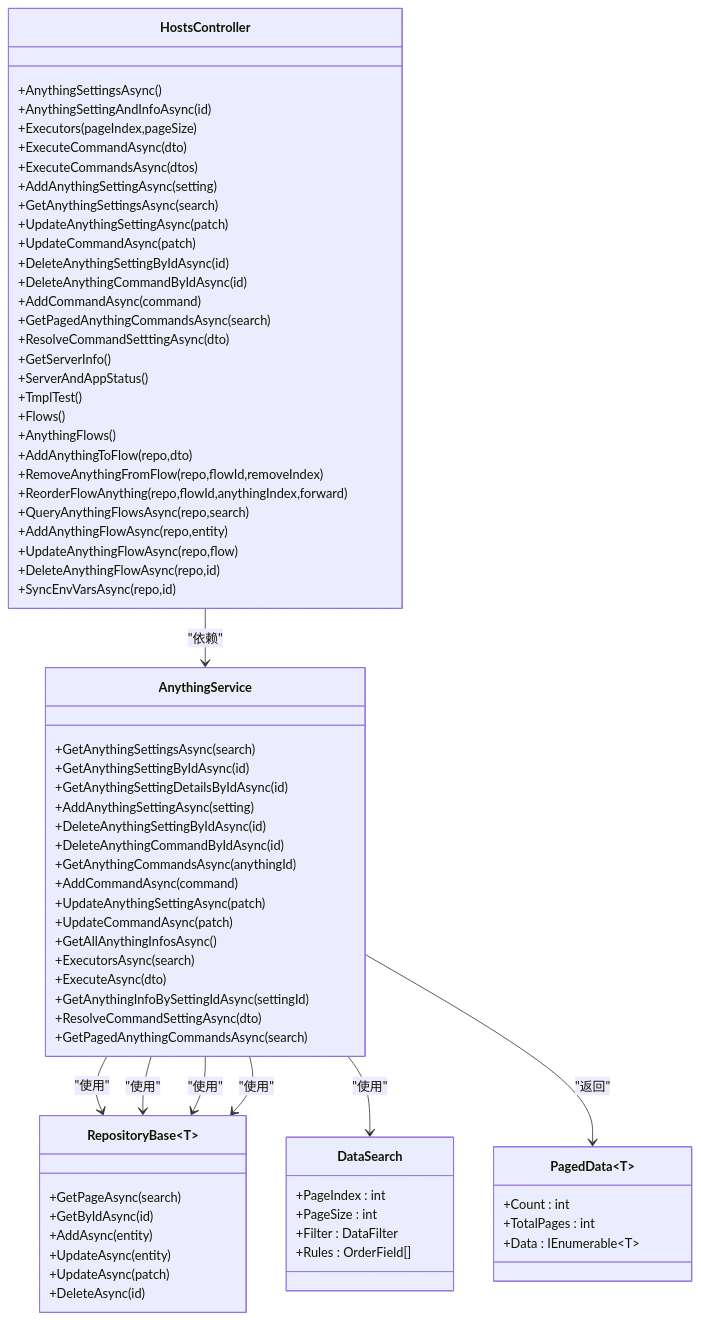
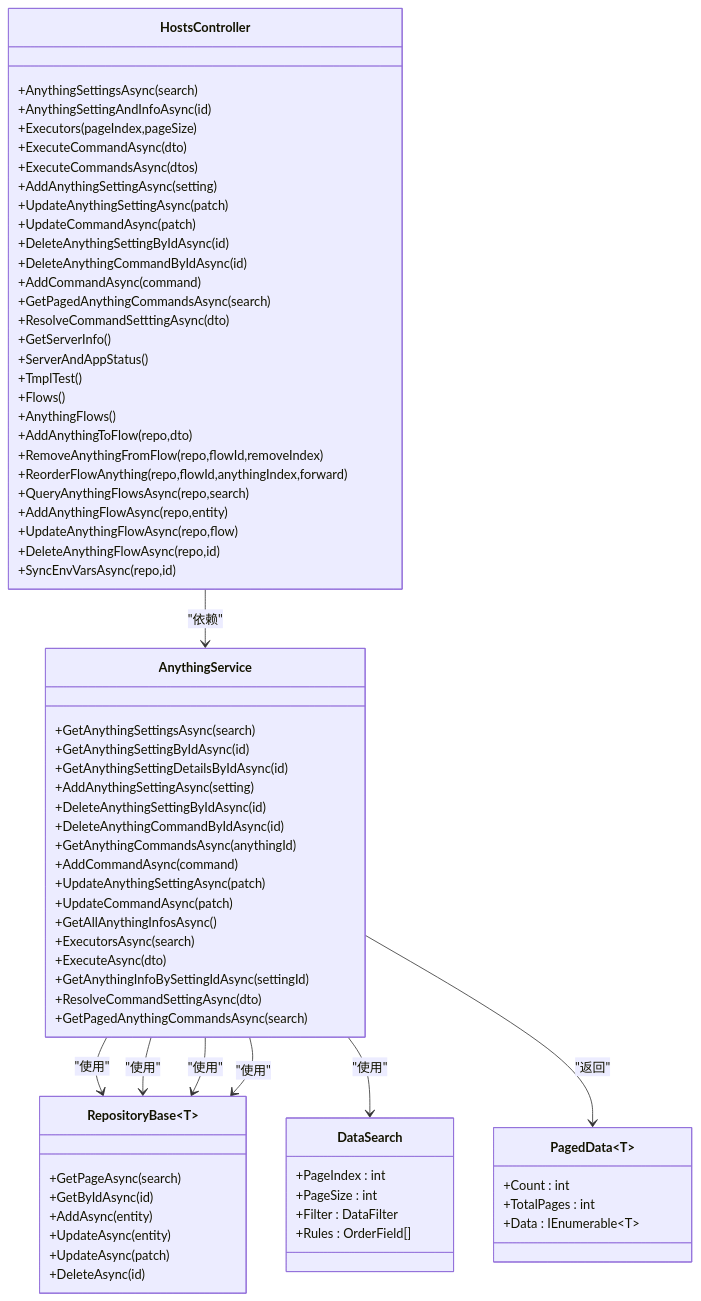
Before and after one commit to Sosososolong/AirGo: the fifth of 5 diagrams in .qoder/repowiki/zh/content/API 接口文档/主机管理 API.md, drawn with Mermaid. The commit also changed other lines of this file and 7 other files, not shown here.

````diff
--- a/.qoder/repowiki/zh/content/API 接口文档/主机管理 API.md
+++ b/.qoder/repowiki/zh/content/API 接口文档/主机管理 API.md
@@ -420,76 +434,75 @@
 ```mermaid
 classDiagram
 class HostsController {
-+AnythingSettingsAsync()
++AnythingSettingsAsync(search)
 +AnythingSettingAndInfoAsync(id)
 +Executors(pageIndex,pageSize)
 +ExecuteCommandAsync(dto)
 +ExecuteCommandsAsync(dtos)
 +AddAnythingSettingAsync(setting)
-+GetAnythingSettingsAsync(search)
 +UpdateAnythingSettingAsync(patch)
 +UpdateCommandAsync(patch)
 +DeleteAnythingSettingByIdAsync(id)
 +DeleteAnythingCommandByIdAsync(id)
 +AddCommandAsync(command)
 +GetPagedAnythingCommandsAsync(search)
 +ResolveCommandSetttingAsync(dto)
 +GetServerInfo()
 +ServerAndAppStatus()
 +TmplTest()
 +Flows()
 +AnythingFlows()
 +AddAnythingToFlow(repo,dto)
 +RemoveAnythingFromFlow(repo,flowId,removeIndex)
 +ReorderFlowAnything(repo,flowId,anythingIndex,forward)
 +QueryAnythingFlowsAsync(repo,search)
 +AddAnythingFlowAsync(repo,entity)
 +UpdateAnythingFlowAsync(repo,flow)
 +DeleteAnythingFlowAsync(repo,id)
 +SyncEnvVarsAsync(repo,id)
 }
 class AnythingService {
 +GetAnythingSettingsAsync(search)
 +GetAnythingSettingByIdAsync(id)
 +GetAnythingSettingDetailsByIdAsync(id)
 +AddAnythingSettingAsync(setting)
 +DeleteAnythingSettingByIdAsync(id)
 +DeleteAnythingCommandByIdAsync(id)
 +GetAnythingCommandsAsync(anythingId)
 +AddCommandAsync(command)
 +UpdateAnythingSettingAsync(patch)
 +UpdateCommandAsync(patch)
 +GetAllAnythingInfosAsync()
 +ExecutorsAsync(search)
 +ExecuteAsync(dto)
 +GetAnythingInfoBySettingIdAsync(settingId)
 +ResolveCommandSettingAsync(dto)
 +GetPagedAnythingCommandsAsync(search)
 }
 class RepositoryBase~T~ {
 +GetPageAsync(search)
 +GetByIdAsync(id)
 +AddAsync(entity)
 +UpdateAsync(entity)
 +UpdateAsync(patch)
 +DeleteAsync(id)
 }
 class DataSearch {
 +PageIndex : int
 +PageSize : int
 +Filter : DataFilter
 +Rules : OrderField[]
 }
 class PagedData~T~ {
 +Count : int
 +TotalPages : int
 +Data : IEnumerable~T~
 }
 HostsController --> AnythingService : "依赖"
 AnythingService --> RepositoryBase~AnythingSetting~ : "使用"
 AnythingService --> RepositoryBase~AnythingCommand~ : "使用"
 AnythingService --> RepositoryBase~AnythingExecutor~ : "使用"
 AnythingService --> RepositoryBase~AnythingFlow~ : "使用"
 AnythingService --> DataSearch : "使用"
 AnythingService --> PagedData~AnythingCommand~ : "返回"
 ```
````
